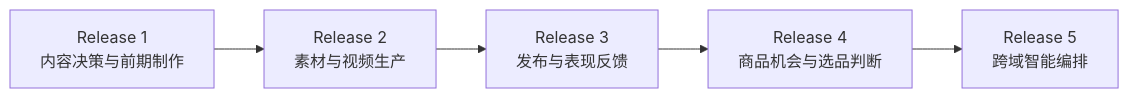
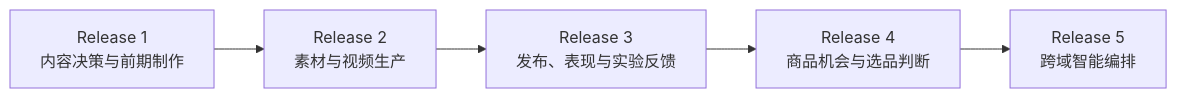
The first of 6 diagrams in 02_DELIVERY_RELEASES.md (SONG-36/TK_Video_Intelligence_Workbench), drawn with Mermaid before and after one commit. The commit also changed other lines of this file and 8 other files, not shown here.

````diff
--- a/02_DELIVERY_RELEASES.md
+++ b/02_DELIVERY_RELEASES.md
@@ -24,10 +24,10 @@
 ```mermaid
 flowchart LR
     R1[Release 1<br/>内容决策与前期制作]
     R2[Release 2<br/>素材与视频生产]
-    R3[Release 3<br/>发布与表现反馈]
+    R3[Release 3<br/>发布、表现与实验反馈]
     R4[Release 4<br/>商品机会与选品判断]
     R5[Release 5<br/>跨域智能编排]
 
     R1 --> R2 --> R3 --> R4 --> R5
 ```
````
